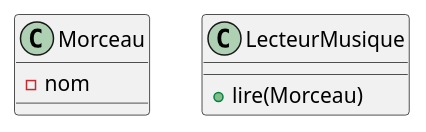
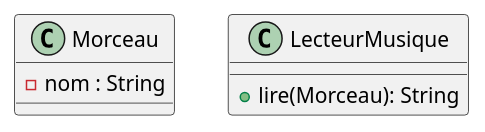
The diagram in src/uml/memento.puml (jandry/design-pattern), drawn with PlantUML before and after one commit.

Commit message:
Update model

```diff
--- a/src/uml/memento.puml
+++ b/src/uml/memento.puml
@@ -1,11 +1,11 @@
-@startuml Todo
+@startuml Memento
 
 class Morceau {
-    - nom
+    - nom : String
 }
 
 class LecteurMusique {
-    + lire(Morceau)
+    + lire(Morceau): String
 }
 
 @enduml
```
